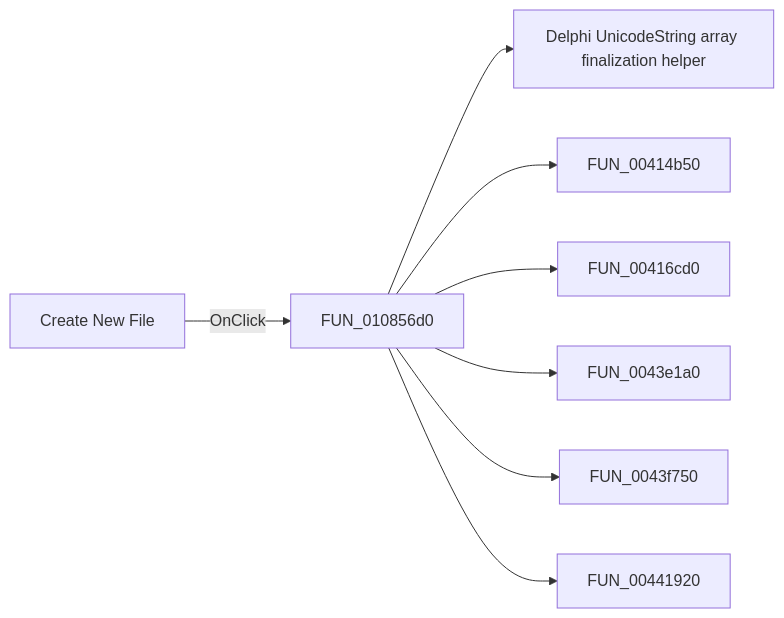
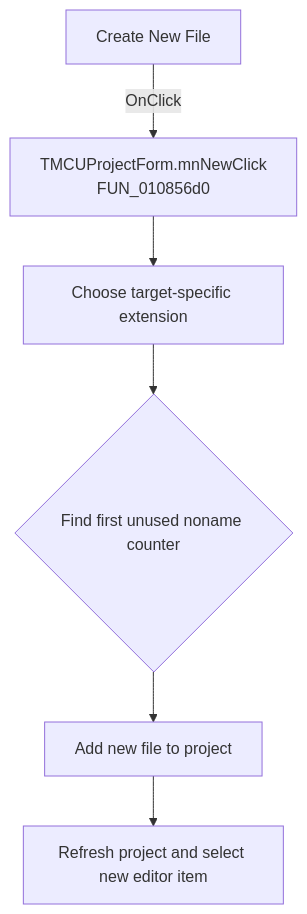
One commit to MovGP0/TIARA changed the diagram in docs/ui-controls/mcuprojectform/mnnew-cbdfe0fc76.md. Above: the diagram before and after it, drawn with Mermaid. The commit also changed other lines of this file and 1062 other files, not shown here.

````diff
--- a/docs/ui-controls/mcuprojectform/mnnew-cbdfe0fc76.md
+++ b/docs/ui-controls/mcuprojectform/mnnew-cbdfe0fc76.md
@@ -27,10 +27,8 @@
 ```mermaid
-flowchart LR
-    control["Create New File"] -->|OnClick| handler["FUN_010856d0"]
-    handler --> call1["Delphi UnicodeString array finalization helper"]
-    handler --> call2["FUN_00414b50"]
-    handler --> call3["FUN_00416cd0"]
-    handler --> call4["FUN_0043e1a0"]
-    handler --> call5["FUN_0043f750"]
-    handler --> call6["FUN_00441920"]
+flowchart TD
+    control["Create New File"] -->|OnClick| handler["TMCUProjectForm.mnNewClick<br/>FUN_010856d0"]
+    handler --> extension["Choose target-specific extension"]
+    extension --> unique{"Find first unused noname counter"}
+    unique --> create["Add new file to project"]
+    create --> refresh["Refresh project and select new editor item"]
 ```
````
